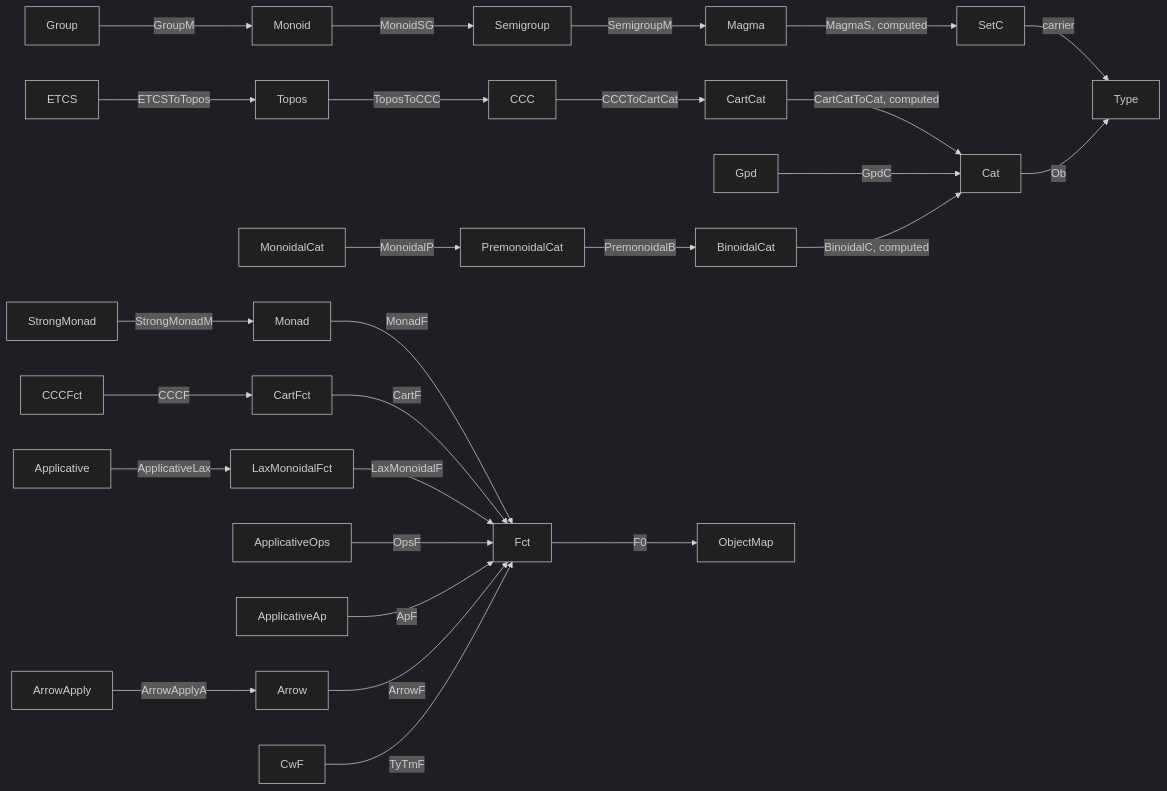
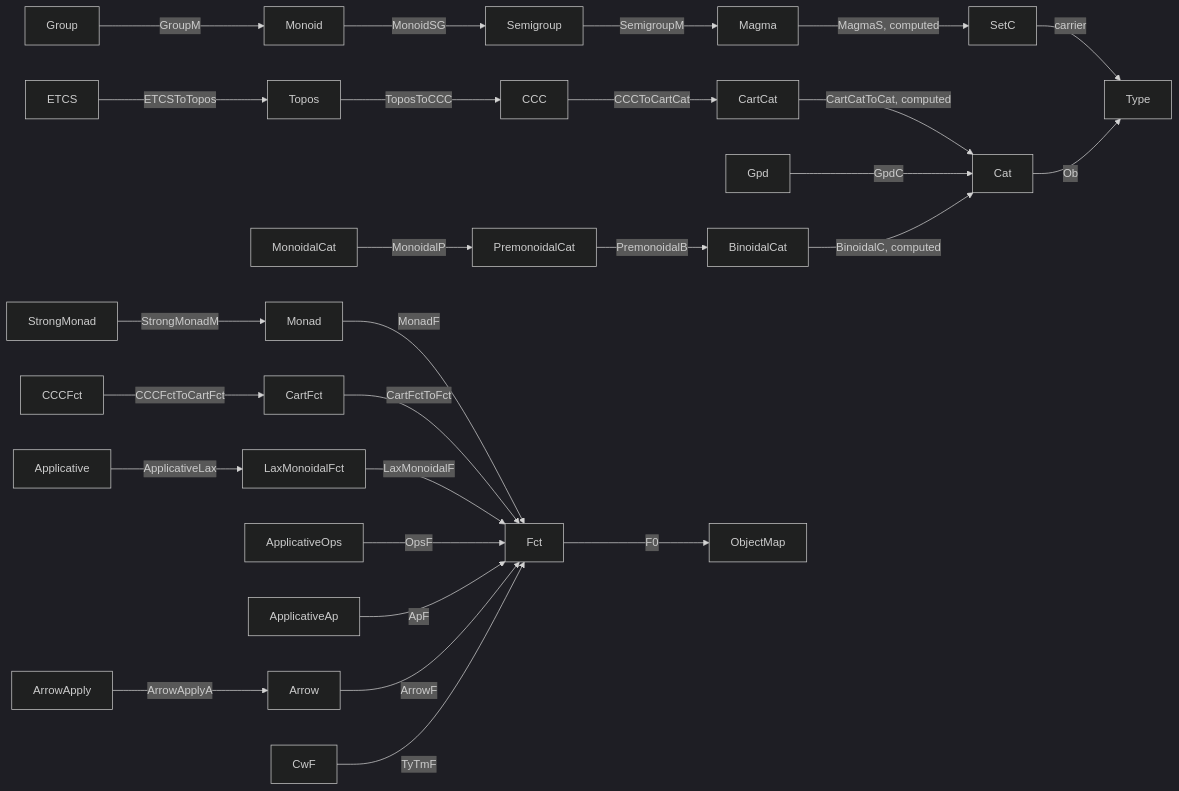
Before and after one commit to Godalin/rocq-cats: the diagram in docs/BundledInterfaces.md, drawn with Mermaid (dark theme). The commit also changed other lines of this file and 211 other files, not shown here.

````diff
--- a/docs/BundledInterfaces.md
+++ b/docs/BundledInterfaces.md
@@ -1768,29 +1784,29 @@
 ```mermaid
 flowchart LR
   Group -->|GroupM| Monoid
   Monoid -->|MonoidSG| Semigroup
   Semigroup -->|SemigroupM| Magma
   Magma -->|MagmaS, computed| SetC
   SetC -->|carrier| Type
   ETCS -->|ETCSToTopos| Topos
   Topos -->|ToposToCCC| CCC
   CCC -->|CCCToCartCat| CartCat
   CartCat -->|CartCatToCat, computed| Cat
   Gpd -->|GpdC| Cat
   Cat -->|Ob| Type
   MonoidalCat -->|MonoidalP| PremonoidalCat
   PremonoidalCat -->|PremonoidalB| BinoidalCat
   BinoidalCat -->|BinoidalC, computed| Cat
   StrongMonad -->|StrongMonadM| Monad
   Monad -->|MonadF| Fct
-  CCCFct -->|CCCF| CartFct
-  CartFct -->|CartF| Fct
+  CCCFct -->|CCCFctToCartFct| CartFct
+  CartFct -->|CartFctToFct| Fct
   Applicative -->|ApplicativeLax| LaxMonoidalFct
   LaxMonoidalFct -->|LaxMonoidalF| Fct
   ApplicativeOps -->|OpsF| Fct
   ApplicativeAp -->|ApF| Fct
   ArrowApply -->|ArrowApplyA| Arrow
   Arrow -->|ArrowF| Fct
   CwF -->|TyTmF| Fct
   Fct -->|F0| ObjectMap
 ```
````
